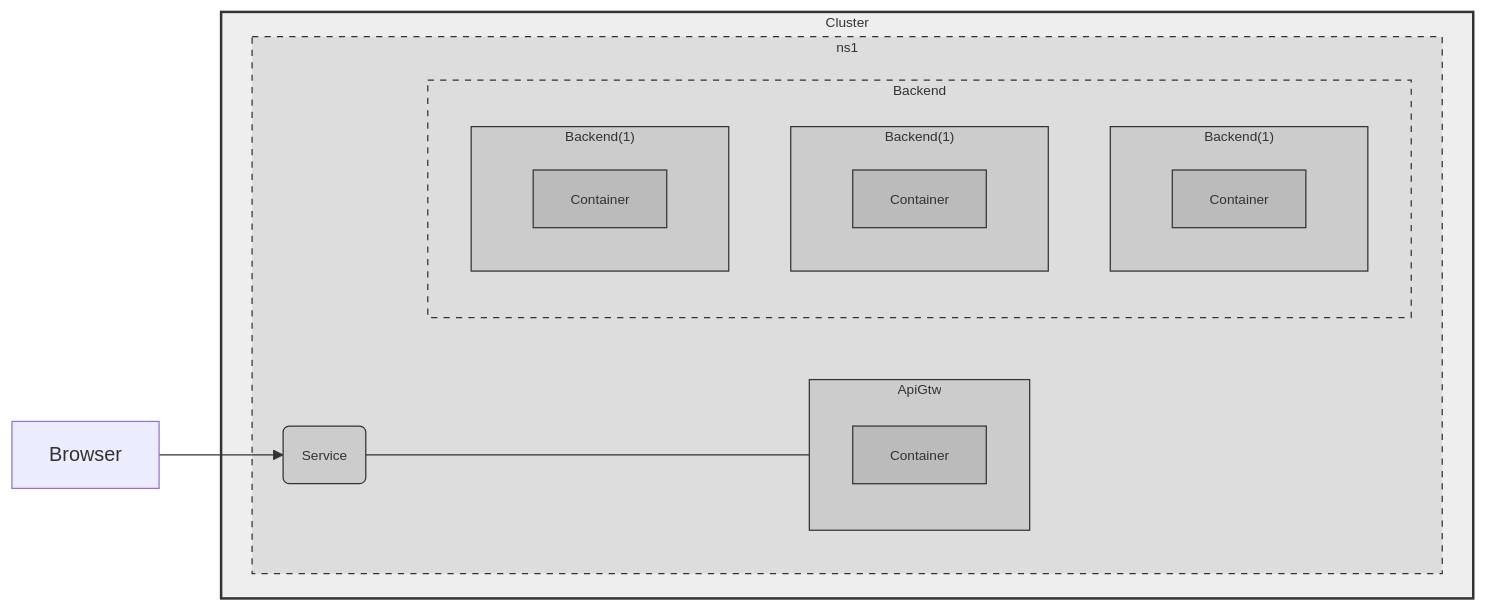
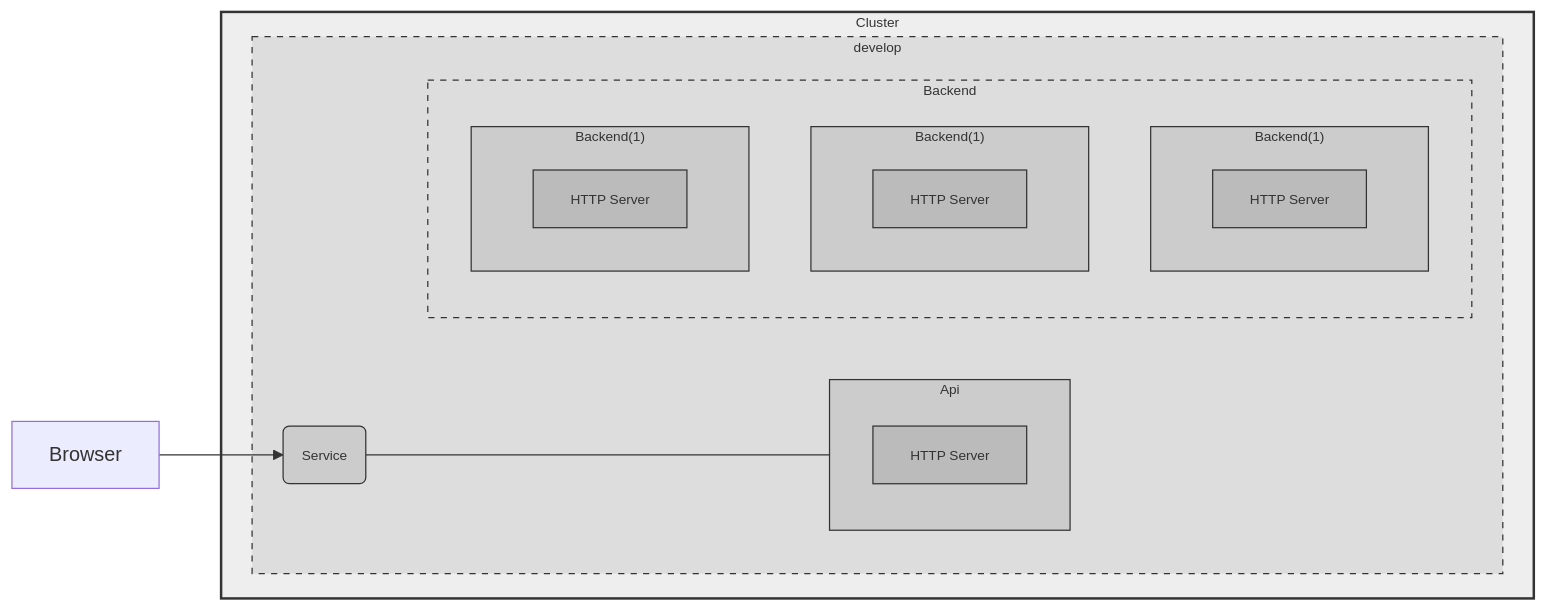
One commit to tonitienda/k8s-showcase changed the fourth of 5 diagrams in demo-script.md. Above: the diagram before and after it, drawn with Mermaid. The commit also changed other lines of this file and 6 other files, not shown here.

````diff
--- a/demo-script.md
+++ b/demo-script.md
@@ -153,56 +153,56 @@
 ```mermaid
 flowchart LR
 
 Browser
 
 subgraph Cluster
 
-    subgraph NS1[ns1]
-        subgraph ApiGtw
-            Container1[Container]
+    subgraph develop[develop]
+        subgraph Api
+            Container1[HTTP Server]
         end
 
         subgraph Backend
             subgraph Backend1["Backend(1)"]
-                Container1_1[Container]
+                Container1_1[HTTP Server]
             end
             subgraph Backend2["Backend(1)"]
-                Container1_2[Container]
+                Container1_2[HTTP Server]
             end
             subgraph Backend3["Backend(1)"]
-                Container1_3[Container]
+                Container1_3[HTTP Server]
             end
         end
 
         ApiGtwSvc(Service)
     end
 end
 
-ApiGtwSvc --- ApiGtw
+ApiGtwSvc --- Api
 Browser --> ApiGtwSvc
 
 
 classDef Physical fill:#eee,stroke:#333,stroke-width:2px,color:#333,font-size:11px;
 
 classDef Logical fill:#ddd,stroke:#333,stroke-width:1px,color:#333,font-size:11px,stroke-dasharray: 5, 5;
 
 classDef Pod fill:#ccc,stroke:#333,stroke-width:1px,color:#333,font-size:11px;
 
 classDef Container fill:#bbb,stroke:#333,stroke-width:1px,color:#333,font-size:11px;
 
 classDef PublicService fill:#ccc,stroke:#333,stroke-width:1px,color:#333,font-size:11px;
 
 
 class Cluster Physical
-class NS1 Logical
+class develop Logical
 class Backend Logical
-class ApiGtw Pod
+class Api Pod
 class Backend1 Pod
 class Backend2 Pod
 class Backend3 Pod
 class Container1 Container
 class Container1_1 Container
 class Container1_2 Container
 class Container1_3 Container
 class ApiGtwSvc PublicService
 ```
````
